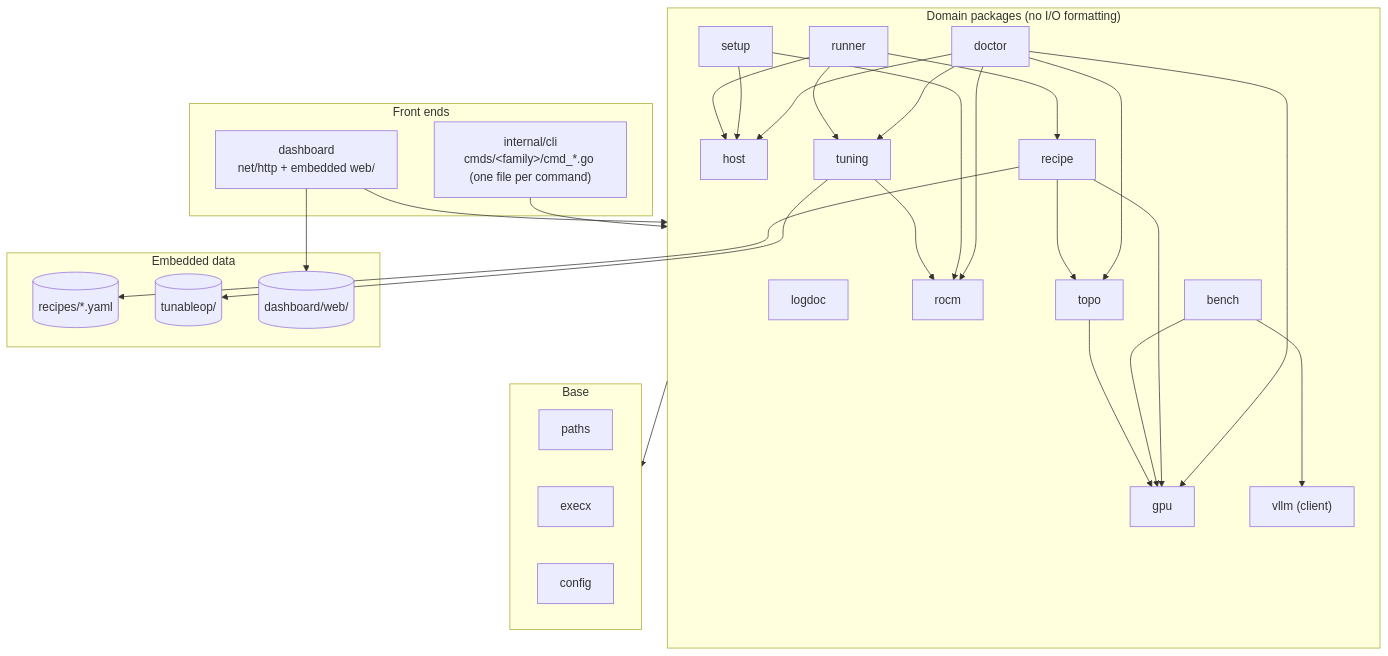
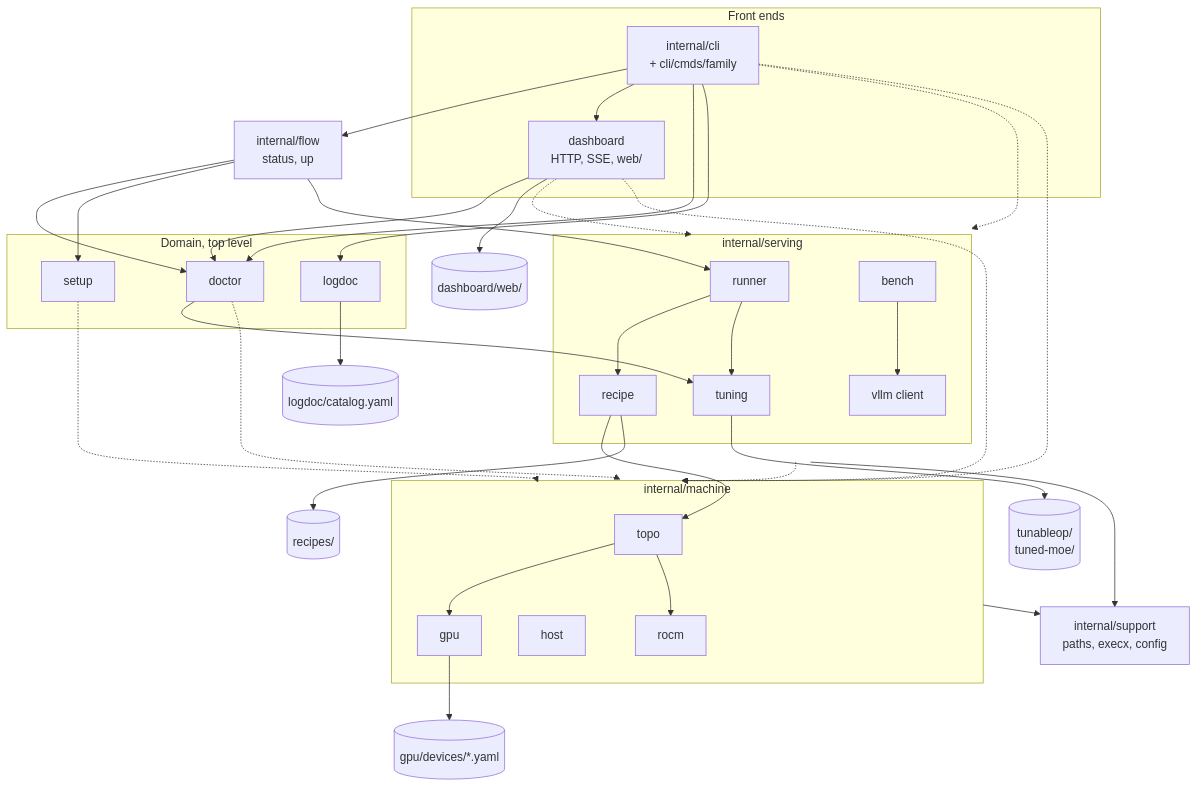
Before and after one commit to opengfx1030/bernie: the first of 6 diagrams in docs/architecture.md, drawn with Mermaid. The commit also changed other lines of this file and 2 other files, not shown here.

Commit message:
docs: diagrams and where-to-change guide (layers, up flow, recipe resolution, run states, per-arch data, new GPU generation)

````diff
--- a/docs/architecture.md
+++ b/docs/architecture.md
@@ -9,42 +20,61 @@
 ```mermaid
 flowchart TB
-  subgraph Front["Front ends"]
-    CLI["internal/cli<br/>cmds/&lt;family&gt;/cmd_*.go (one file per command)"]
-    DASH["dashboard<br/>net/http + embedded web/"]
+  subgraph front["Front ends"]
+    CLI["internal/cli<br/>+ cli/cmds/family"]
+    DASH["dashboard<br/>HTTP, SSE, web/"]
   end
-  subgraph Core["Domain packages (no I/O formatting)"]
-    LOGDOC["logdoc"]
-    DOC["doctor"] --> HOST["host"]
-    DOC --> GPU["gpu"]
-    DOC --> ROCM["rocm"]
-    DOC --> TOPO["topo"]
-    DOC --> TUN["tuning"]
-    SET["setup"] --> HOST
-    SET --> ROCM
-    REC["recipe"] --> GPU
-    REC --> TOPO
-    RUN["runner"] --> REC
-    RUN --> TUN
-    RUN --> HOST
-    BEN["bench"] --> VLLM["vllm (client)"]
-    BEN --> GPU
-    TOPO --> GPU
-    TUN --> ROCM
+  FLOW["internal/flow<br/>status, up"]
+  subgraph top["Domain, top level"]
+    DOC["doctor"]
+    SET["setup"]
+    LOG["logdoc"]
   end
-  subgraph Base["Base"]
-    PATHS["paths"]
-    EXEC["execx"]
-    CFG["config"]
+  subgraph serving["internal/serving"]
+    RUN["runner"]
+    REC["recipe"]
+    TUN["tuning"]
+    BEN["bench"]
+    VLLM["vllm client"]
   end
-  subgraph Data["Embedded data"]
-    RECIPES[("recipes/*.yaml")]
-    ROWS[("tunableop/")]
-    WEB[("dashboard/web/")]
+  subgraph machine["internal/machine"]
+    TOPO["topo"]
+    GPU["gpu"]
+    HOST["host"]
+    ROCM["rocm"]
   end
-  CLI --> Core
-  DASH --> Core
-  Core --> Base
-  REC --> RECIPES
-  TUN --> ROWS
-  DASH --> WEB
+  SUP["internal/support<br/>paths, execx, config"]
+  D1[("gpu/devices/*.yaml")]
+  D2[("recipes/")]
+  D3[("tunableop/<br/>tuned-moe/")]
+  D4[("logdoc/catalog.yaml")]
+  D5[("dashboard/web/")]
+  CLI --> FLOW
+  CLI --> DASH
+  CLI --> DOC
+  CLI --> LOG
+  DASH --> DOC
+  FLOW --> DOC
+  FLOW --> SET
+  FLOW --> RUN
+  RUN --> REC
+  RUN --> TUN
+  REC --> TOPO
+  DOC --> TUN
+  TOPO --> GPU
+  TOPO --> ROCM
+  BEN --> VLLM
+  CLI -.-> serving
+  DASH -.-> serving
+  CLI -.-> machine
+  DASH -.-> machine
+  DOC -.-> machine
+  SET -.-> machine
+  serving -.-> machine
+  machine --> SUP
+  serving --> SUP
+  GPU --> D1
+  REC --> D2
+  TUN --> D3
+  LOG --> D4
+  DASH --> D5
 ```
````
